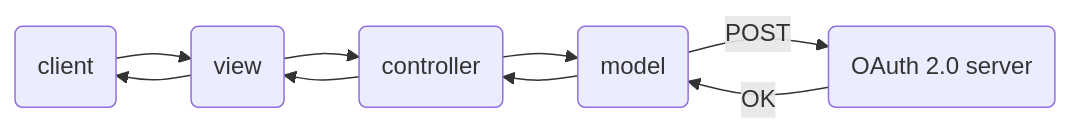
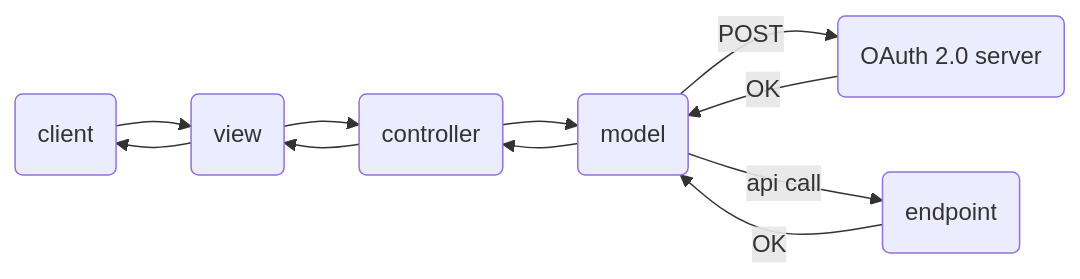
The diagram in Python/api-testing-gui-app/README.md (sauravdwivedi/Apps), drawn with Mermaid before and after one commit.

````diff
--- a/Python/api-testing-gui-app/README.md
+++ b/Python/api-testing-gui-app/README.md
@@ -7,11 +7,13 @@
 ```mermaid
 flowchart LR
     A(client) --> B(view)
     B --> C(controller)
     C --> D(model)
     D --> |POST| E(OAuth 2.0 server)
     E --> |OK| D
+    D --> |api call| F(endpoint)
+    F --> |OK| D
     D --> C
     C --> B
     B --> A
 ```
````
